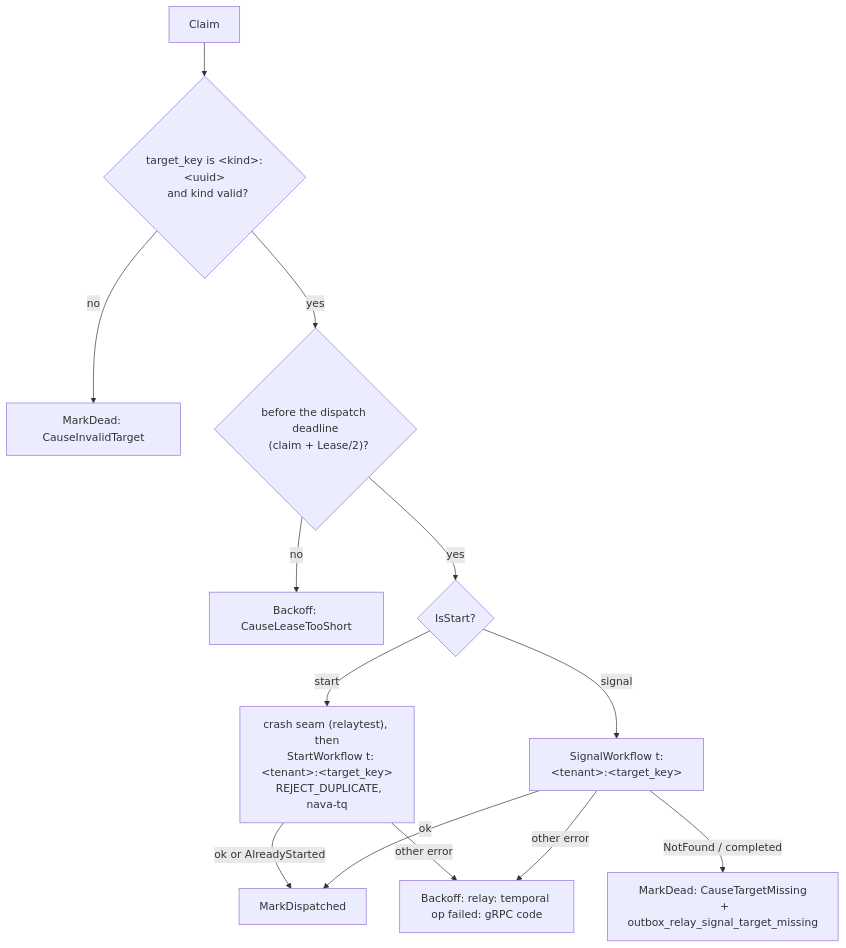
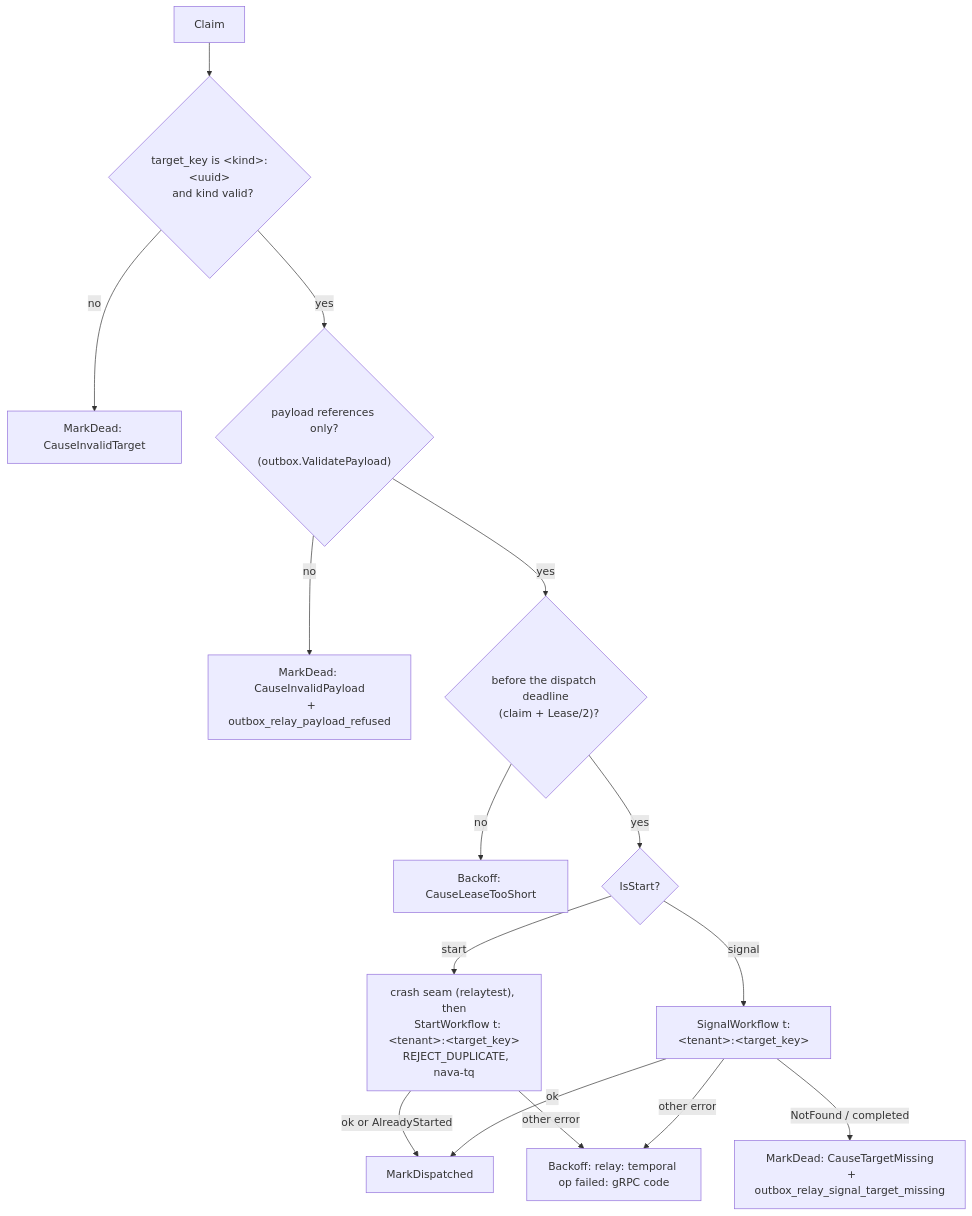
One commit to Navaladi2019/TicketingSystem changed the second of 2 diagrams in docs/architecture/outbox-relay.md. Above: the diagram before and after it, drawn with Mermaid. The commit also changed other lines of this file and 3 other files, not shown here.

First line of the commit message:
TICK-215: relay refuses record-data payloads before dispatch

````diff
--- a/docs/architecture/outbox-relay.md
+++ b/docs/architecture/outbox-relay.md
@@ -39,20 +39,24 @@
 ```mermaid
 flowchart TD
   C[Claim] --> V{"target_key is &lt;kind&gt;:&lt;uuid&gt;
   and kind valid?"}
   V -->|no| DI["MarkDead: CauseInvalidTarget"]
-  V -->|yes| DL{"before the dispatch deadline
+  V -->|yes| P{"payload references only?
+  (outbox.ValidatePayload)"}
+  P -->|no| DP["MarkDead: CauseInvalidPayload
+  + outbox_relay_payload_refused"]
+  P -->|yes| DL{"before the dispatch deadline
   (claim + Lease/2)?"}
   DL -->|no| BL["Backoff: CauseLeaseTooShort"]
   DL -->|yes| K{IsStart?}
   K -->|start| S["crash seam (relaytest), then
   StartWorkflow t:&lt;tenant&gt;:&lt;target_key&gt;
   REJECT_DUPLICATE, nava-tq"]
   K -->|signal| G["SignalWorkflow t:&lt;tenant&gt;:&lt;target_key&gt;"]
   S -->|ok or AlreadyStarted| MD[MarkDispatched]
   G -->|ok| MD
   G -->|NotFound / completed| MX["MarkDead: CauseTargetMissing
   + outbox_relay_signal_target_missing"]
   S -->|other error| B["Backoff: relay: temporal op failed: gRPC code"]
   G -->|other error| B
 ```
````
